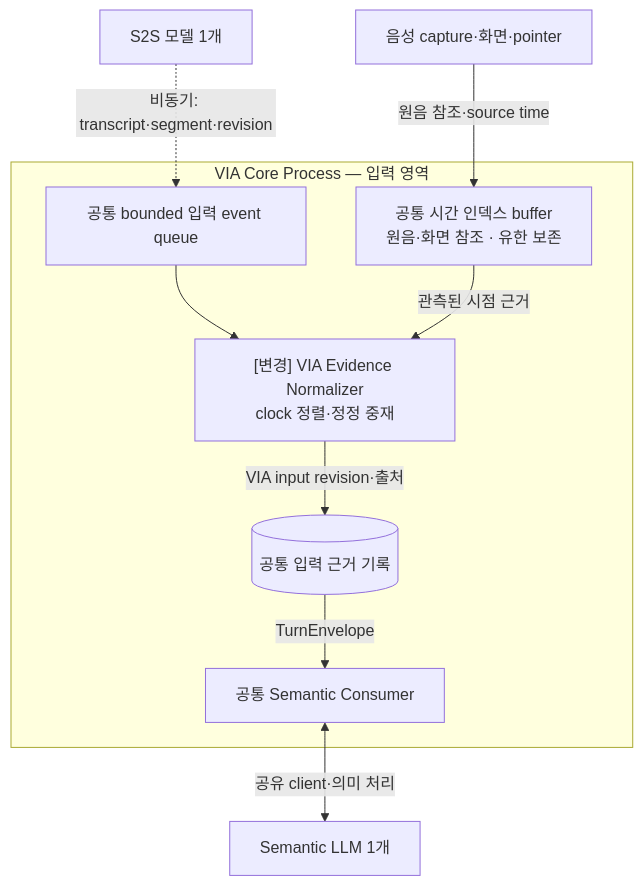
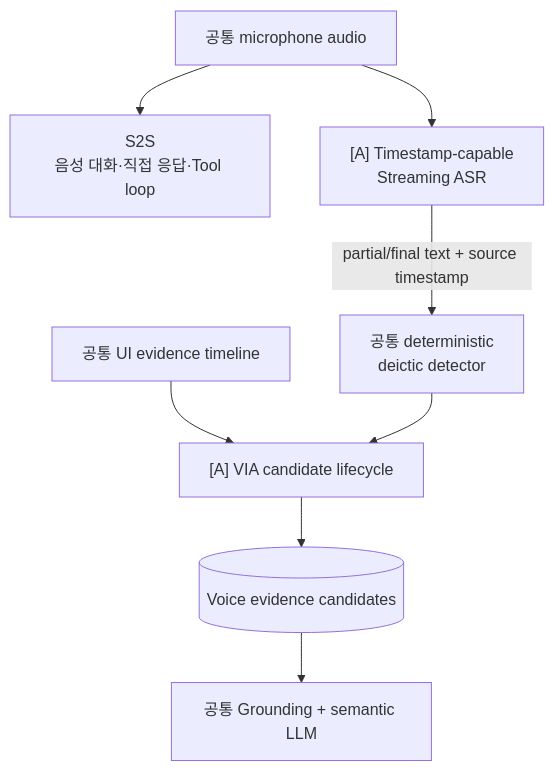
Before and after one commit to cbyche/via-sw-architecture: the first of 3 diagrams in docs/architecture/12-decisions/via-dp-03-voice-evidence.md, drawn with Mermaid. The commit also changed other lines of this file and 34 other files, not shown here.

Commit message:
docs: define VIA-DP-03 voice evidence alternatives

````diff
--- a/docs/architecture/12-decisions/via-dp-03-voice-evidence.md
+++ b/docs/architecture/12-decisions/via-dp-03-voice-evidence.md
@@ -53,12 +125,10 @@
 ```mermaid
 flowchart TB
- S["S2S 모델 1개"] -.->|"비동기: transcript·segment·revision"| Q
- R["음성 capture·화면·pointer"] -->|"원음 참조·source time"| B
- subgraph V["VIA Core Process — 입력 영역"]
- Q["공통 bounded 입력 event queue"] --> N["[변경] VIA Evidence Normalizer<br/>clock 정렬·정정 중재"]
- B["공통 시간 인덱스 buffer<br/>원음·화면 참조 · 유한 보존"] -->|"관측된 시점 근거"| N
- N -->|"VIA input revision·출처"| E[("공통 입력 근거 기록")]
- E -->|"TurnEnvelope"| C["공통 Semantic Consumer"]
- end
- C <-->|"공유 client·의미 처리"| M["Semantic LLM 1개"]
+ A["공통 microphone audio"] --> S["S2S<br/>음성 대화·직접 응답·Tool loop"]
+ A --> R["[A] Timestamp-capable<br/>Streaming ASR"]
+ R -->|"partial/final text + source timestamp"| D["공통 deterministic<br/>deictic detector"]
+ U["공통 UI evidence timeline"] --> C["[A] VIA candidate lifecycle"]
+ D --> C
+ C --> E[("Voice evidence candidates")]
+ E --> G["공통 Grounding + semantic LLM"]
 ```
````
